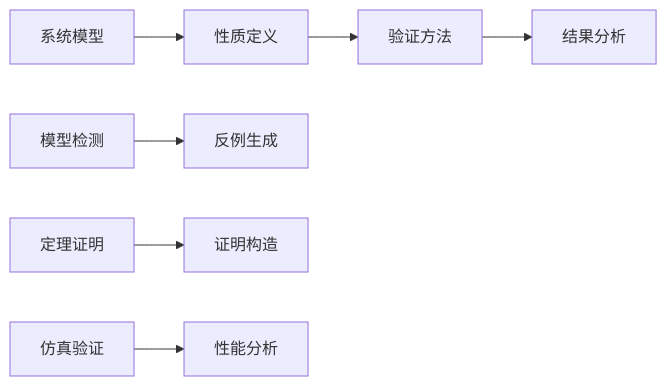
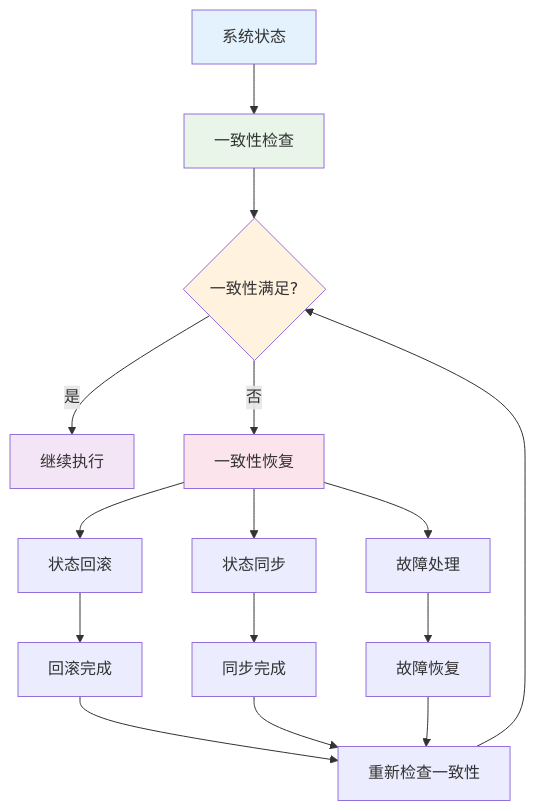
Before and after one commit to AdaMartin18010/Lean: the second of 4 diagrams in analysis/1-形式化理论/1.4-Petri网与分布式系统/1.4.4-一致性与死锁证明.md, drawn with Mermaid. The commit also changed other lines of this file and 24 other files, not shown here.

````diff
--- a/analysis/1-形式化理论/1.4-Petri网与分布式系统/1.4.4-一致性与死锁证明.md
+++ b/analysis/1-形式化理论/1.4-Petri网与分布式系统/1.4.4-一致性与死锁证明.md
@@ -201,10 +623,27 @@
 ```mermaid
-graph LR
-  A[系统模型] --> B[性质定义]
-  B --> C[验证方法]
-  C --> D[结果分析]
-  
-  E[模型检测] --> F[反例生成]
-  G[定理证明] --> H[证明构造]
-  I[仿真验证] --> J[性能分析]
+graph TB
+    A[系统状态] --> B[一致性检查]
+    B --> C{一致性满足?}
+    C -->|是| D[继续执行]
+    C -->|否| E[一致性恢复]
+    
+    E --> F[状态回滚]
+    E --> G[状态同步]
+    E --> H[故障处理]
+    
+    F --> I[回滚完成]
+    G --> J[同步完成]
+    H --> K[故障恢复]
+    
+    I --> L[重新检查一致性]
+    J --> L
+    K --> L
+    
+    L --> C
+    
+    style A fill:#e3f2fd
+    style B fill:#e8f5e8
+    style C fill:#fff3e0
+    style D fill:#f3e5f5
+    style E fill:#fce4ec
 ```
````
